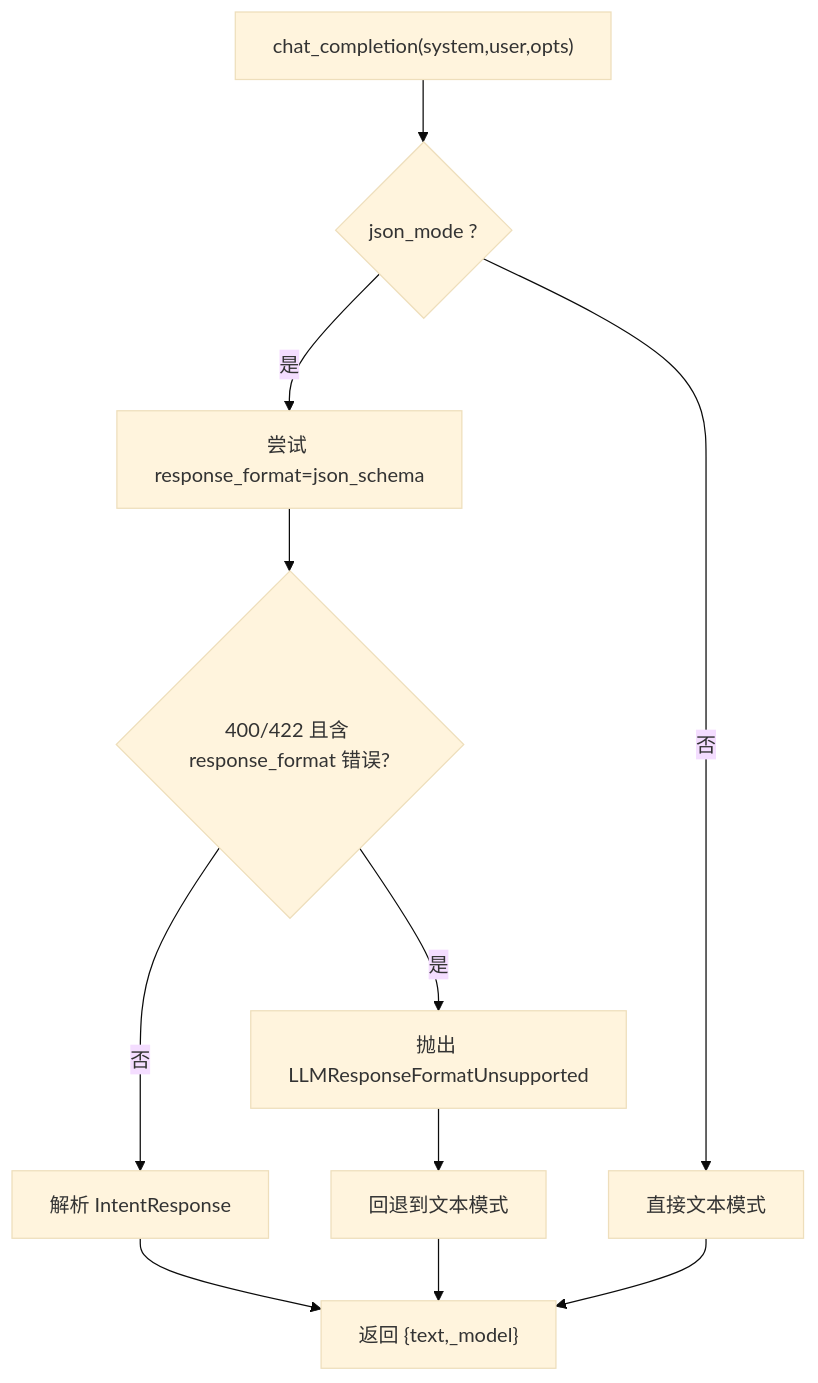
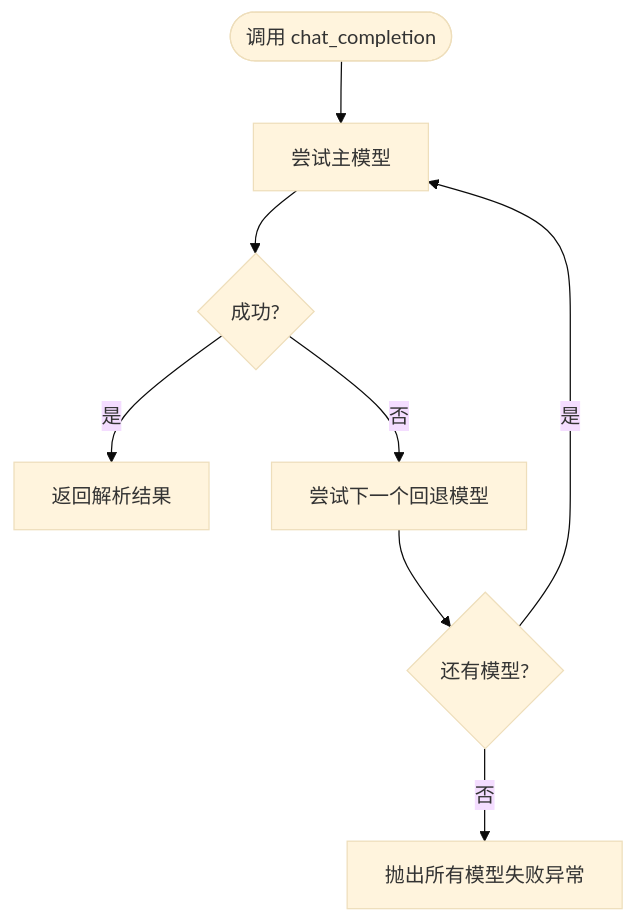
Before and after one commit to kanoha222/Laplace: the third of 6 diagrams in .qoder/repowiki/zh/content/系统架构/系统架构.md, drawn with Mermaid (base theme). The commit also changed other lines of this file and 54 other files, not shown here.

````diff
--- a/.qoder/repowiki/zh/content/系统架构/系统架构.md
+++ b/.qoder/repowiki/zh/content/系统架构/系统架构.md
@@ -216,13 +173,10 @@
 ```mermaid
 flowchart TD
-A["chat_completion(system,user,opts)"] --> B{"json_mode ?"}
-B -- 是 --> C["尝试 response_format=json_schema"]
-C --> D{"400/422 且含 response_format 错误?"}
-D -- 是 --> E["抛出 LLMResponseFormatUnsupported"]
-E --> F["回退到文本模式"]
-D -- 否 --> G["解析 IntentResponse"]
-B -- 否 --> H["直接文本模式"]
-G --> I["返回 {text,_model}"]
-F --> I
-H --> I
+Start(["调用 chat_completion"]) --> TryPrimary["尝试主模型"]
+TryPrimary --> Success{"成功?"}
+Success --> |是| ReturnParsed["返回解析结果"]
+Success --> |否| NextModel["尝试下一个回退模型"]
+NextModel --> MoreModels{"还有模型?"}
+MoreModels --> |是| TryPrimary
+MoreModels --> |否| RaiseErr["抛出所有模型失败异常"]
 ```
````
